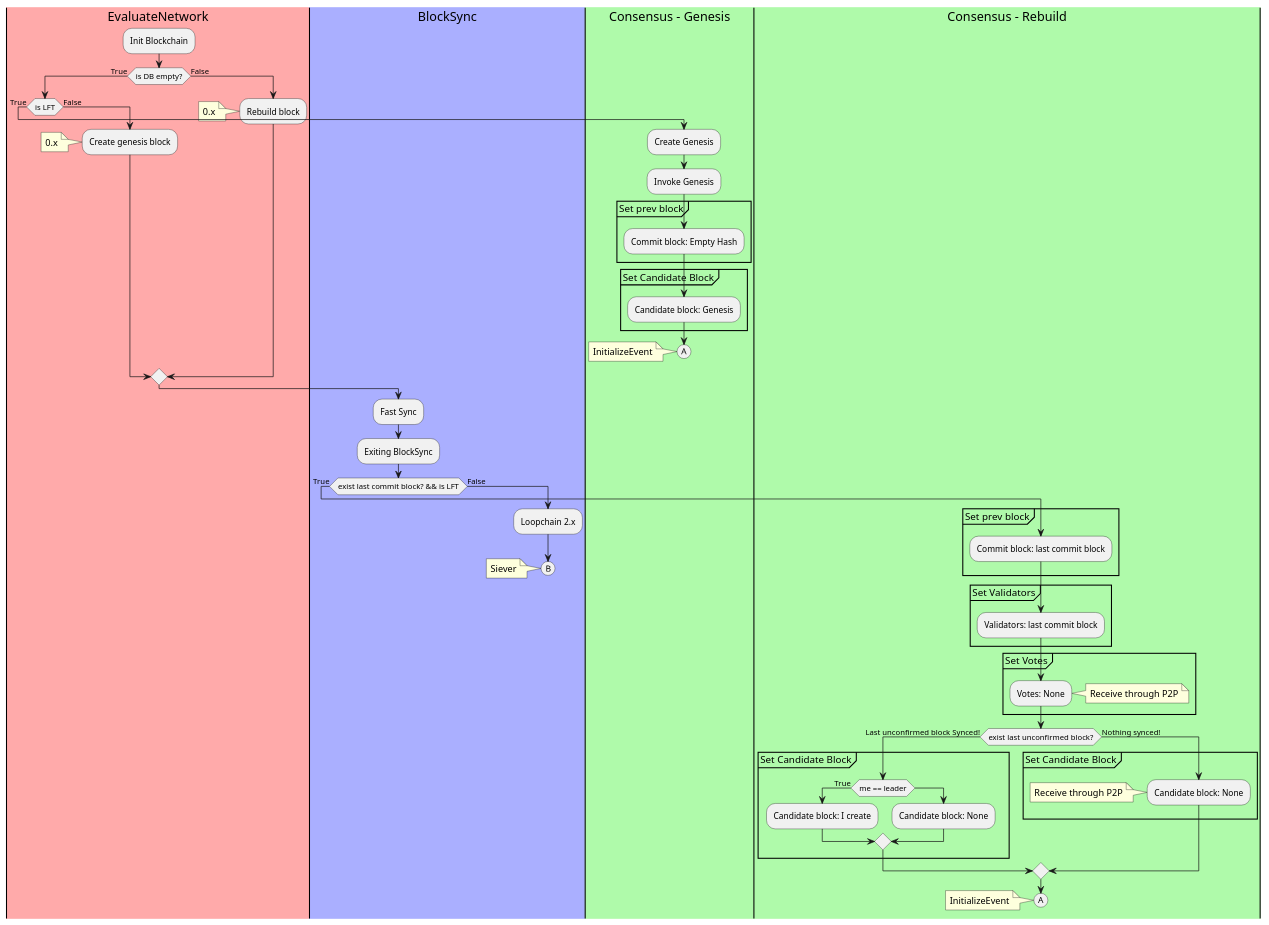
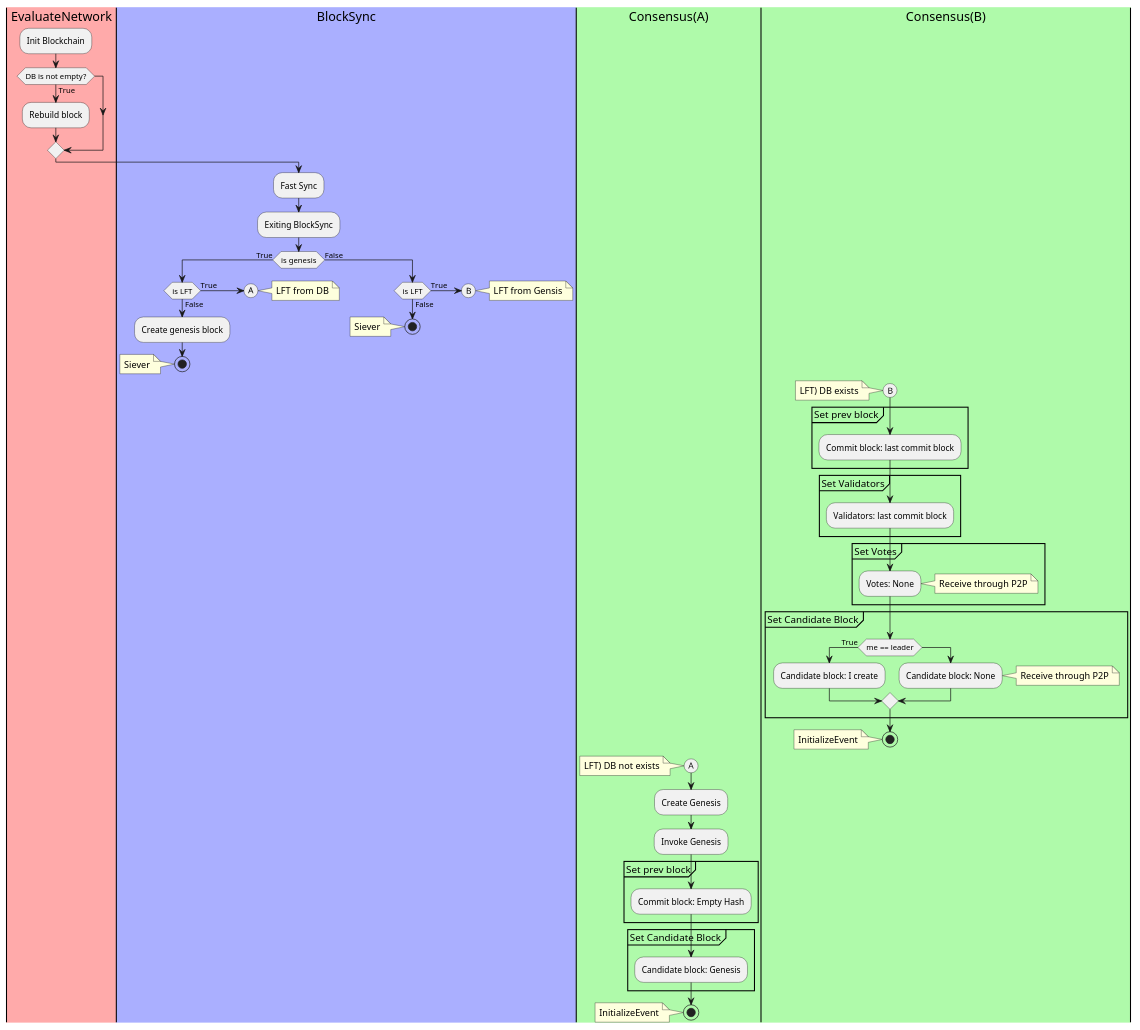
Before and after one commit to metalg0su/studies: the diagram in diagrams/rebuild_process.puml, drawn with PlantUML.

Commit message:
Apply feedbacks

```diff
--- a/diagrams/rebuild_process.puml
+++ b/diagrams/rebuild_process.puml
@@ -1,76 +1,83 @@
 @startuml
 ' State definitions
 |#FFAAAA|EvaluateNetwork|
 |#AAAFFF|BlockSync|
-|#AFFAAA|Consensus - Genesis|
-|#AFFAAA|Consensus - Rebuild|
+
+' DB is empty
+|#AFFAAA|Consensus(A)|
+' DB is not empty
+|#AFFAAA|Consensus(B)|
 
 ' Start
 |EvaluateNetwork|
 :Init Blockchain;
-if (is DB empty?) then (True)
-    if (is LFT) then (True)
-        |Consensus - Genesis|
-        :Create Genesis;
-        :Invoke Genesis;
-        partition "Set prev block" {
-            :Commit block: Empty Hash;
-        }
-        partition "Set Candidate Block" {
-            :Candidate block: Genesis;
-        }
+if (DB is not empty?) then (True)
+    :Rebuild block;
+endif
 
-        (A)
-        note: InitializeEvent
-        detach
-    else (False)
-        |EvaluateNetwork|
-        :Create genesis block;
-        note: 0.x
-    endif
-else (False)
-    :Rebuild block;
-    note: 0.x
-endif
 |BlockSync|
 :Fast Sync;
 :Exiting BlockSync;
-if (exist last commit block? && is LFT) then (True)
-    |Consensus - Rebuild|
+if (is genesis) then (True)
+    if (is LFT) then (True)
+        (A)
+        note right: LFT from DB
+        detach
+    else (False)
+        |BlockSync|
+        :Create genesis block;
+        stop
+        note: Siever
+    endif
+
+    |Consensus(B)|
+    (B)
+    note: LFT) DB exists
     partition "Set prev block" {
         :Commit block: last commit block;
     }
     partition "Set Validators" {
         :Validators: last commit block;
     }
     partition "Set Votes" {
         :Votes: None;
         note right: Receive through P2P
     }
-    if (exist last unconfirmed block?) then (True)
-        -> Last unconfirmed block Synced!;
-        partition "Set Candidate Block" {
+    partition "Set Candidate Block" {
         if (me == leader) then (True)
             :Candidate block: I create;
         else
             :Candidate block: None;
+            note right: Receive through P2P
         endif
-        }
-    else (False)
-        -> Nothing synced!;
-        partition "Set Candidate Block" {
-            :Candidate block: None;
-            note left: Receive through P2P
-        }
-    endif
-    (A)
+    }
+    stop
     note: InitializeEvent
-    detach
 else (False)
     |BlockSync|
-    :Loopchain 2.x;
-    (B)
-    note: Siever
-    detach
+    if (is LFT) then (True)
+        (B)
+        note right: LFT from Gensis
+        detach
+    else (False)
+        |BlockSync|
+        stop
+        note: Siever
+    endif
 endif
+
+
+|Consensus(A)|
+(A)
+note: LFT) DB not exists
+:Create Genesis;
+:Invoke Genesis;
+partition "Set prev block" {
+    :Commit block: Empty Hash;
+}
+partition "Set Candidate Block" {
+    :Candidate block: Genesis;
+}
+stop
+note: InitializeEvent
 @enduml
```
